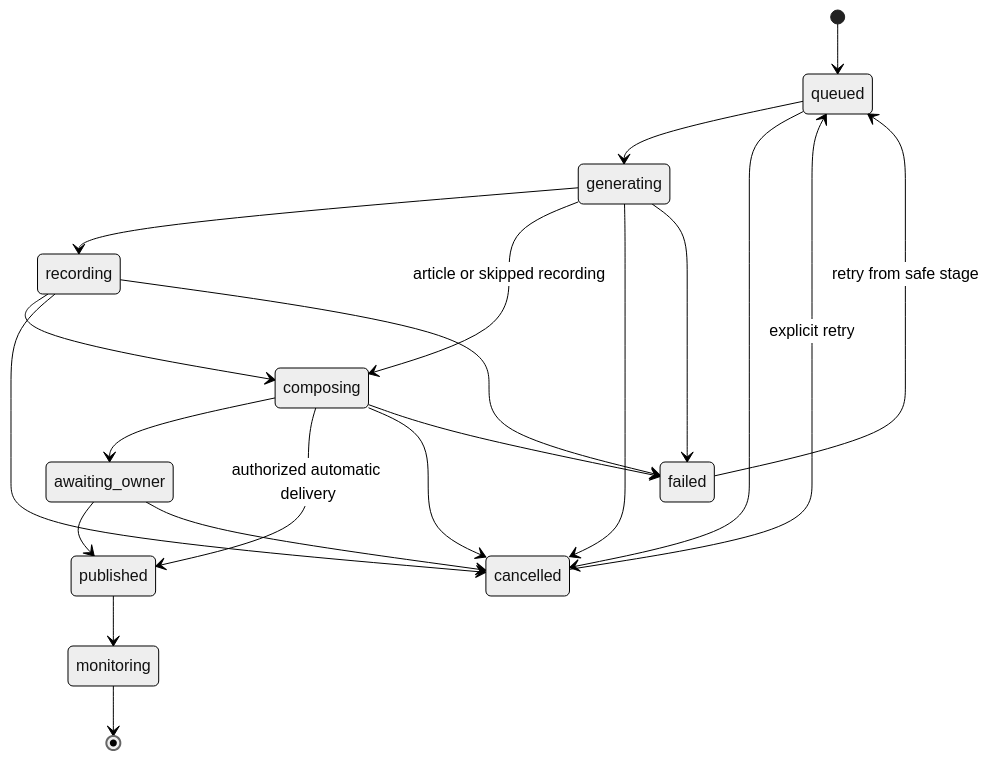
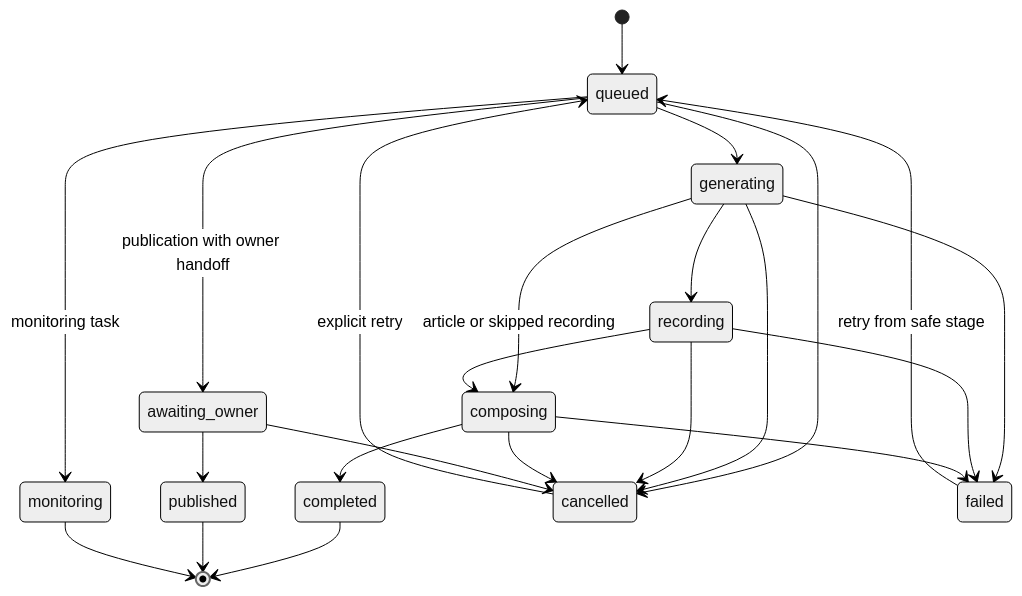
The second of 2 diagrams in docs/control-plane.md (IllegalCreed/content-studio), drawn with Mermaid (neutral theme) before and after one commit. The commit also changed other lines of this file and 24 other files, not shown here.

````diff
--- a/docs/control-plane.md
+++ b/docs/control-plane.md
@@ -280,24 +276,26 @@
 ```mermaid
 stateDiagram-v2
   [*] --> queued
   queued --> generating
   generating --> recording
   generating --> composing: article or skipped recording
   recording --> composing
-  composing --> awaiting_owner
-  composing --> published: authorized automatic delivery
+  composing --> completed
+  queued --> awaiting_owner: publication with owner handoff
   awaiting_owner --> published
-  published --> monitoring
+  queued --> monitoring: monitoring task
+  completed --> [*]
+  published --> [*]
   monitoring --> [*]
 
   queued --> cancelled
   generating --> cancelled
   recording --> cancelled
   composing --> cancelled
   awaiting_owner --> cancelled
   generating --> failed
   recording --> failed
   composing --> failed
   failed --> queued: retry from safe stage
   cancelled --> queued: explicit retry
 ```
````
